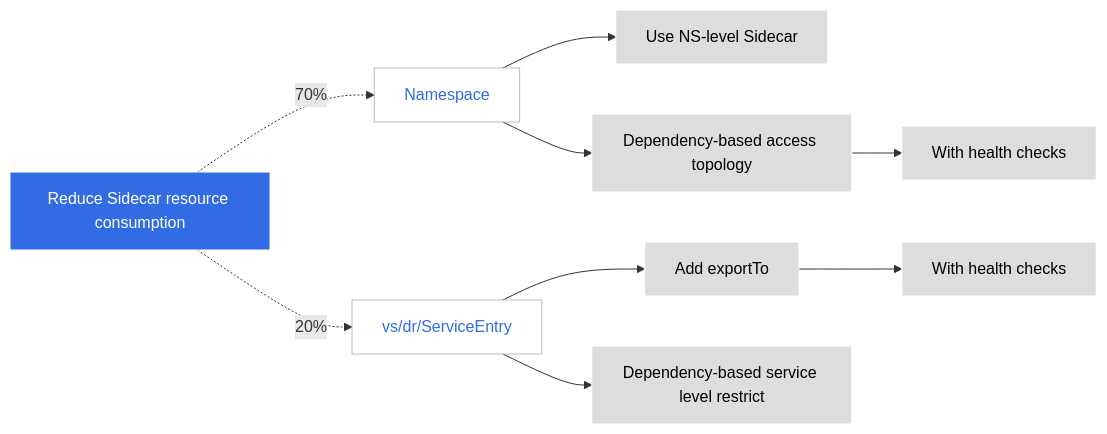
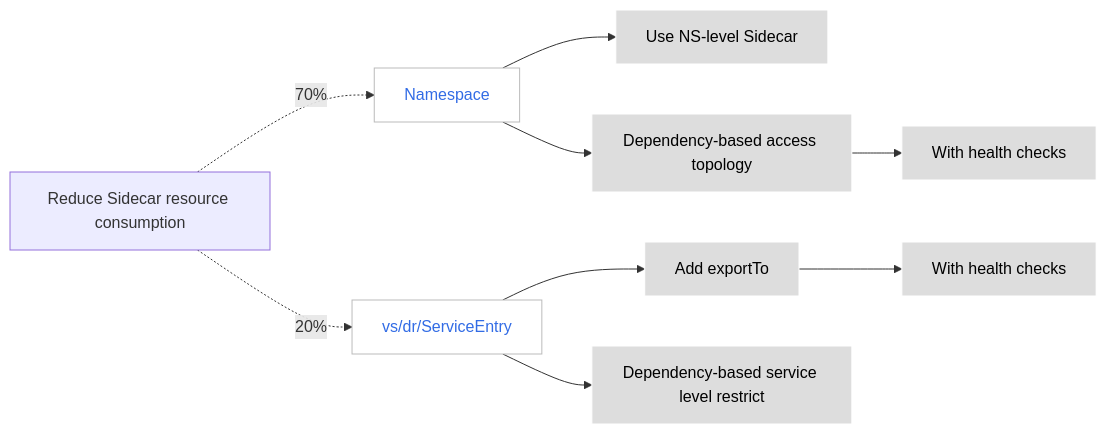
Before and after one commit to DaoCloud/DaoCloud-docs: the diagram in docs/en/docs/mspider/best-practice/optimize-sidecar-resource.md, drawn with Mermaid. The commit also changed 24 other files, not shown here.

````diff
--- a/docs/en/docs/mspider/best-practice/optimize-sidecar-resource.md
+++ b/docs/en/docs/mspider/best-practice/optimize-sidecar-resource.md
@@ -7,20 +7,19 @@
 ```mermaid
 graph LR
 
 init[Reduce Sidecar resource consumption] -.70%.-> ns[Namespace]
 init -.20%.-> vs[vs/dr/ServiceEntry]
 
 ns --> nss[Use NS-level Sidecar]
 ns --> topo[Dependency-based access topology] --> health1[With health checks]
 
 vs --> export[Add exportTo] --> health2[With health checks]
 vs --> limit[Dependency-based service level restrict]
 
 classDef plain fill:#ddd,stroke:#fff,stroke-width:1px,color:#000;
 classDef k8s fill:#326ce5,stroke:#fff,stroke-width:1px,color:#fff;
 classDef cluster fill:#fff,stroke:#bbb,stroke-width:1px,color:#326ce5;
 
 class ns,vs cluster;
 class nss,topo,health1,health2,export,limit plain;
-class init k8s
 ```
````
